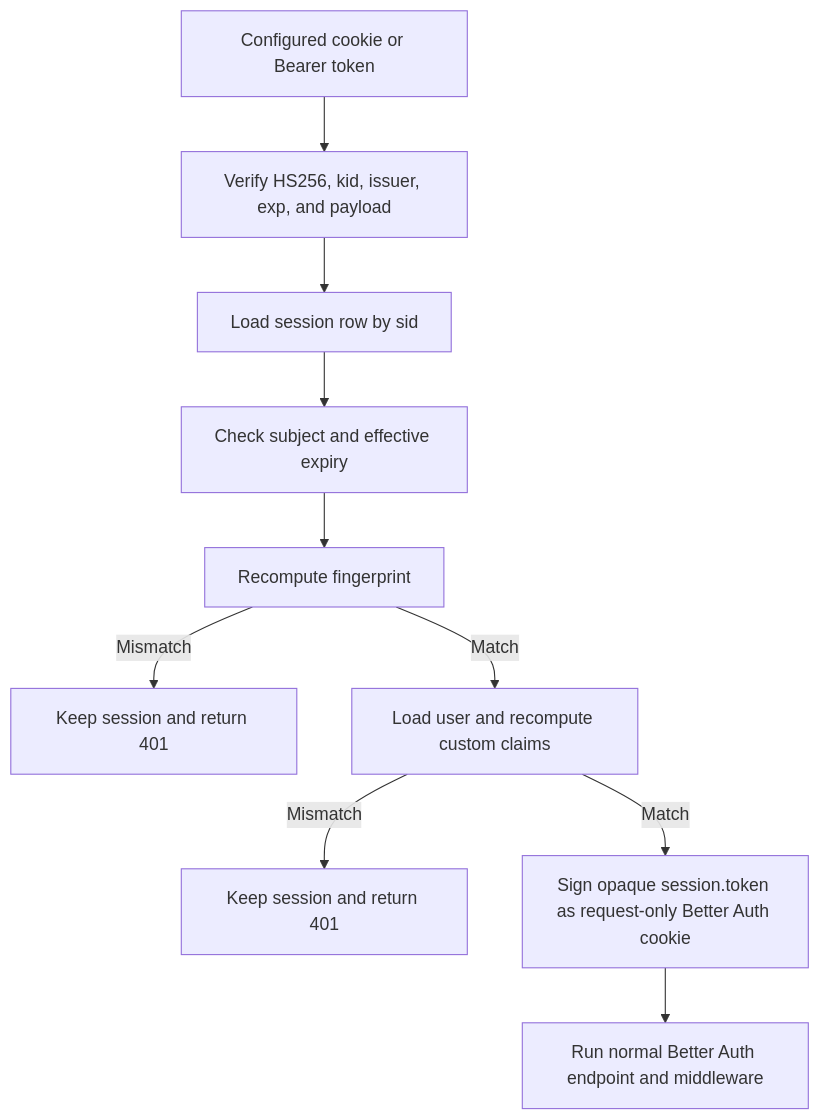
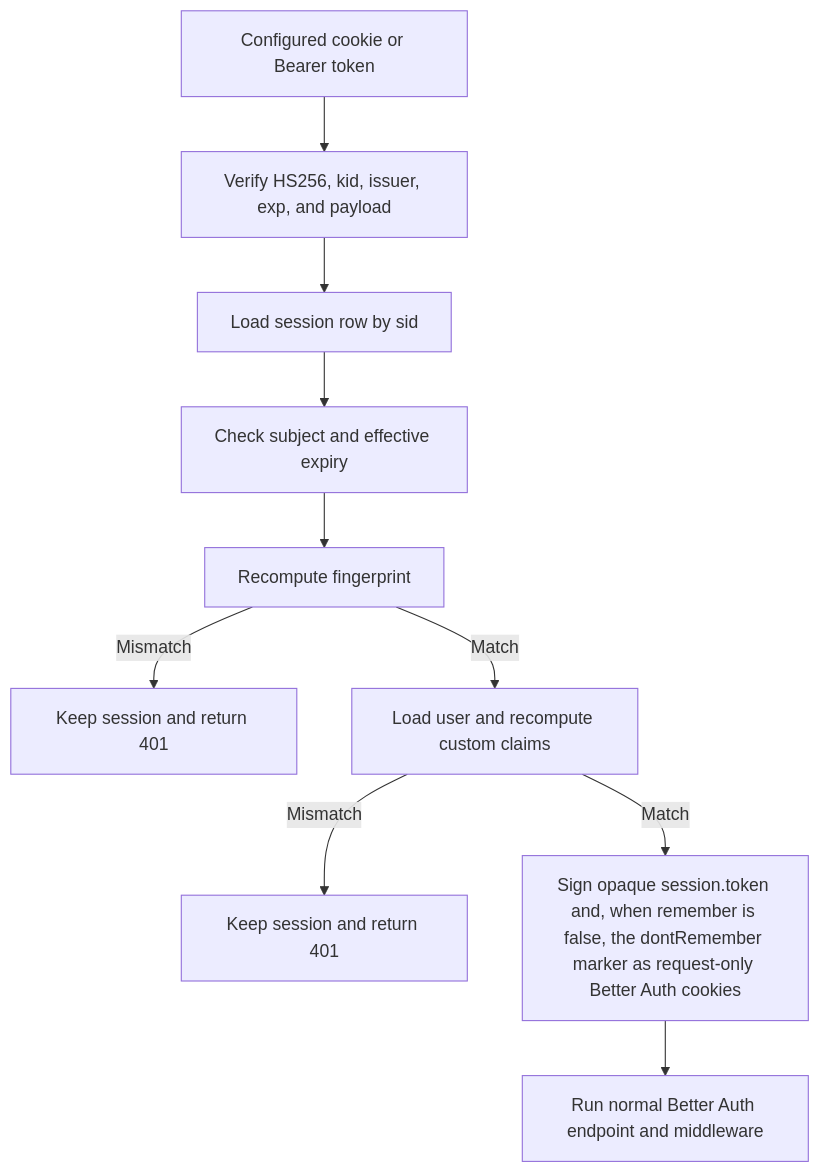
Before and after one commit to dark1zinn/better-auth-scjwt: the diagram in docs/README.md, drawn with Mermaid. The commit also changed other lines of this file and 8 other files, not shown here.

````diff
--- a/docs/README.md
+++ b/docs/README.md
@@ -21,12 +21,12 @@
 ```mermaid
 flowchart TD
   A[Configured cookie or Bearer token] --> B[Verify HS256, kid, issuer, exp, and payload]
   B --> C[Load session row by sid]
   C --> D[Check subject and effective expiry]
   D --> E[Recompute fingerprint]
   E -->|Mismatch| F[Keep session and return 401]
   E -->|Match| G[Load user and recompute custom claims]
   G -->|Mismatch| H[Keep session and return 401]
-  G -->|Match| I[Sign opaque session.token as request-only Better Auth cookie]
+  G -->|Match| I[Sign opaque session.token and, when remember is false, the dontRemember marker as request-only Better Auth cookies]
   I --> J[Run normal Better Auth endpoint and middleware]
 ```
````
